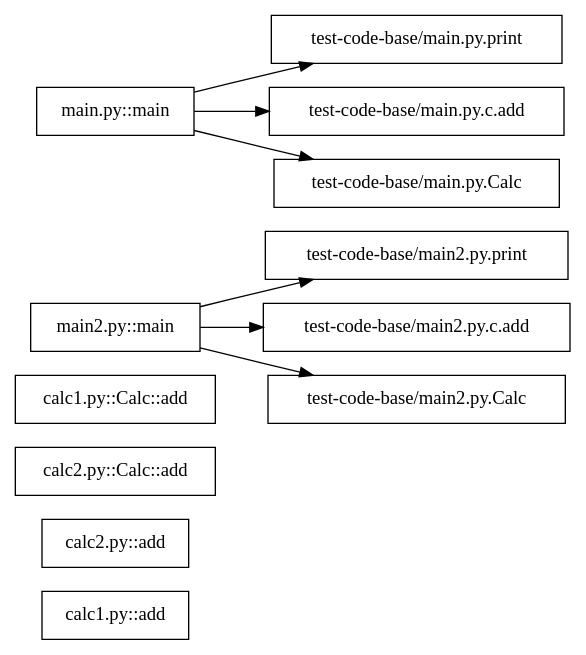
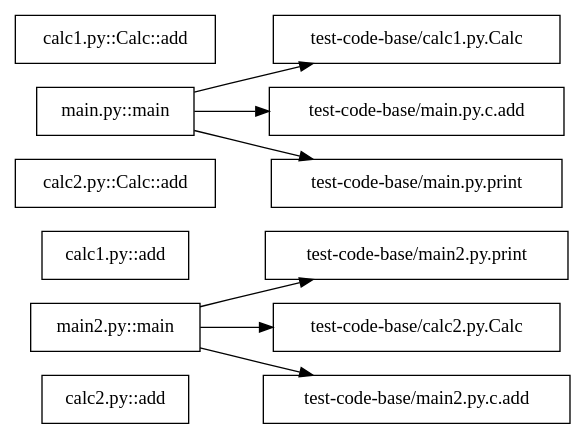
The diagram in test-code-base_call_graph.dot (getAsterisk/stackwalk), drawn with Graphviz before and after one commit. The commit also changed 2 other files, not shown here.

```diff
--- a/test-code-base_call_graph.dot
+++ b/test-code-base_call_graph.dot
@@ -1,16 +1,16 @@
 digraph CallGraph {
   rankdir=LR;
   node [shape=box];
+  "test-code-base/calc2.py.add" [label="calc2.py::add"];
+  "test-code-base/main2.py.main" [label="main2.py::main"];
   "test-code-base/calc1.py.add" [label="calc1.py::add"];
-  "test-code-base/calc2.py.add" [label="calc2.py::add"];
   "test-code-base/calc2.py.Calc.add" [label="calc2.py::Calc::add"];
+  "test-code-base/main.py.main" [label="main.py::main"];
   "test-code-base/calc1.py.Calc.add" [label="calc1.py::Calc::add"];
-  "test-code-base/main2.py.main" [label="main2.py::main"];
-  "test-code-base/main.py.main" [label="main.py::main"];
+  "test-code-base/main.py.main" -> "test-code-base/calc1.py.Calc";
+  "test-code-base/main.py.main" -> "test-code-base/main.py.c.add";
+  "test-code-base/main.py.main" -> "test-code-base/main.py.print";
   "test-code-base/main2.py.main" -> "test-code-base/main2.py.print";
+  "test-code-base/main2.py.main" -> "test-code-base/calc2.py.Calc";
   "test-code-base/main2.py.main" -> "test-code-base/main2.py.c.add";
-  "test-code-base/main2.py.main" -> "test-code-base/main2.py.Calc";
-  "test-code-base/main.py.main" -> "test-code-base/main.py.print";
-  "test-code-base/main.py.main" -> "test-code-base/main.py.c.add";
-  "test-code-base/main.py.main" -> "test-code-base/main.py.Calc";
 }
```
